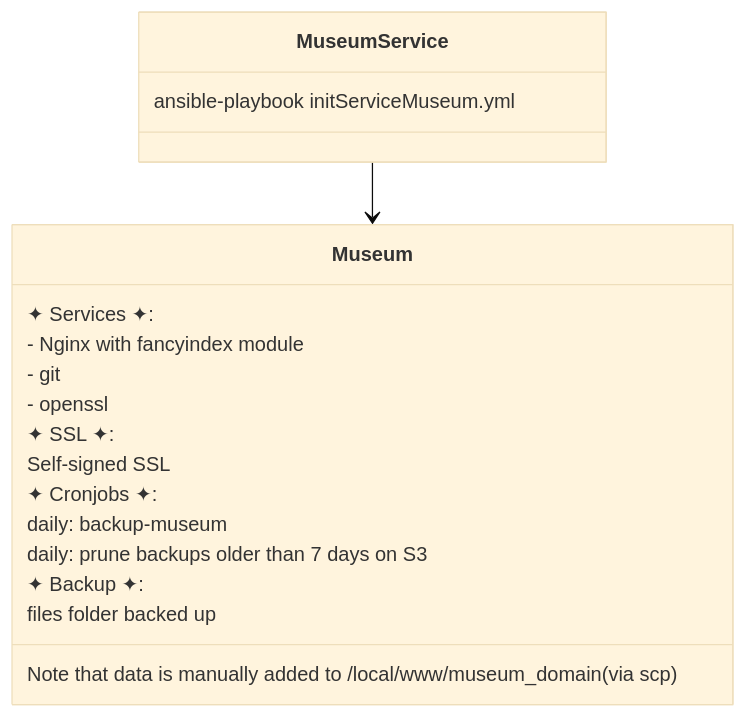
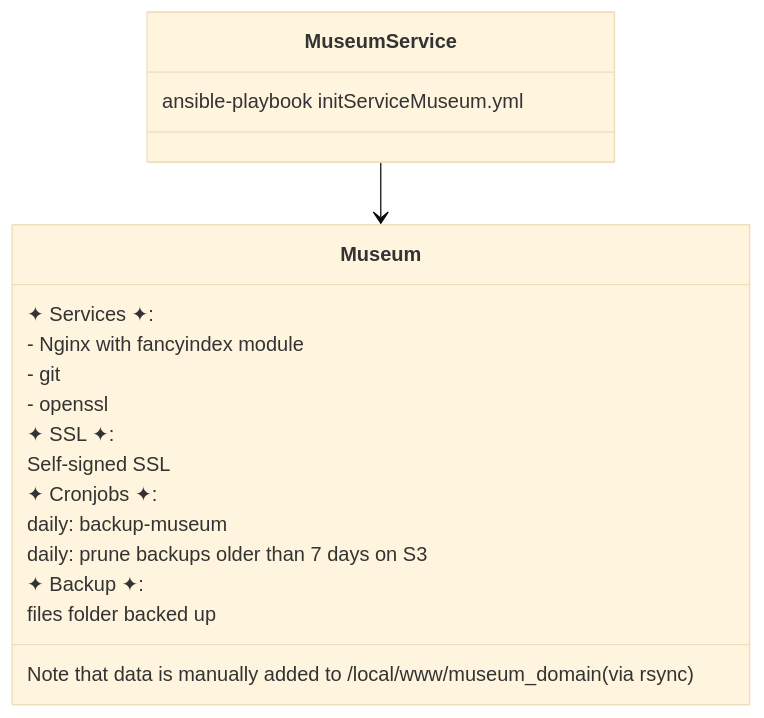
One commit to neighbourhoodie/stf-php-ansible changed the fifth of 5 diagrams in Services.md. Above: the diagram before and after it, drawn with Mermaid (base theme).

````diff
--- a/Services.md
+++ b/Services.md
@@ -204,24 +204,24 @@
 ```mermaid
 classDiagram
   class MuseumService { ansible-playbook initServiceMuseum.yml }
   
   class Museum {
-    Note that data is manually added to /local/www/museum_domain(via scp)
+    Note that data is manually added to /local/www/museum_domain(via rsync)
     ✦ Services ✦:
     - Nginx with fancyindex module
     - git
     - openssl
 
     ✦ SSL ✦:
     Self-signed SSL
     
     ✦ Cronjobs ✦:
     daily: backup-museum
     daily: prune backups older than 7 days on S3
 
     ✦ Backup ✦:
     files folder backed up
   }
 
   MuseumService --> Museum
 ```
````
